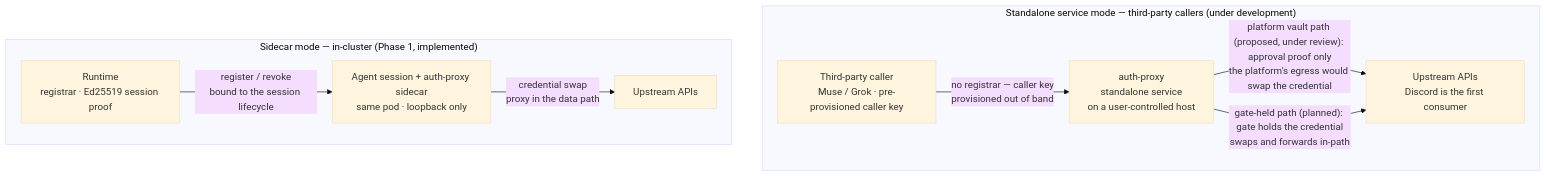
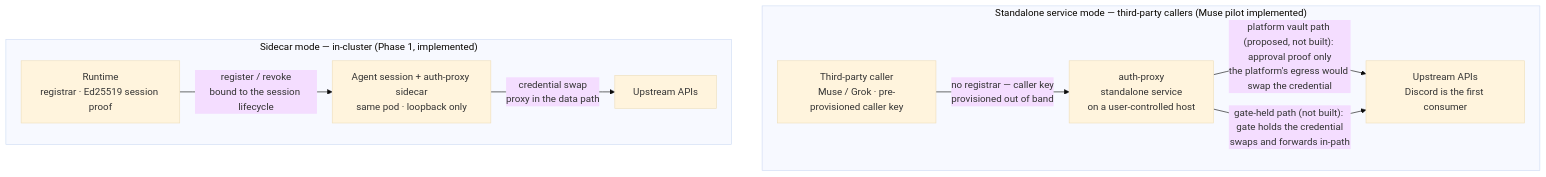
Before and after one commit to openabdev/auth-proxy: the second of 3 diagrams in README.md, drawn with Mermaid (base theme). The commit also changed other lines of this file and 6 other files, not shown here.

````diff
--- a/README.md
+++ b/README.md
@@ -56,21 +56,21 @@
 ```mermaid
 flowchart LR
     subgraph SIDE["Sidecar mode — in-cluster (Phase 1, implemented)"]
         RT["Runtime<br/>registrar · Ed25519 session proof"]
         POD["Agent session + auth-proxy sidecar<br/>same pod · loopback only"]
         UP1["Upstream APIs"]
         RT -->|"register / revoke<br/>bound to the session lifecycle"| POD
         POD -->|"credential swap<br/>proxy in the data path"| UP1
     end
 
     UP1 ~~~ TP
 
-    subgraph STAND["Standalone service mode — third-party callers (under development)"]
+    subgraph STAND["Standalone service mode — third-party callers (Muse pilot implemented)"]
         TP["Third-party caller<br/>Muse / Grok · pre-provisioned caller key"]
         GATE["auth-proxy<br/>standalone service<br/>on a user-controlled host"]
         UP2["Upstream APIs<br/>Discord is the first consumer"]
         TP -->|"no registrar — caller key<br/>provisioned out of band"| GATE
-        GATE -->|"platform vault path (proposed, under review): approval proof only<br/>the platform's egress would swap the credential"| UP2
-        GATE -->|"gate-held path (planned): gate holds the credential<br/>swaps and forwards in-path"| UP2
+        GATE -->|"platform vault path (proposed, not built): approval proof only<br/>the platform's egress would swap the credential"| UP2
+        GATE -->|"gate-held path (not built): gate holds the credential<br/>swaps and forwards in-path"| UP2
     end
 ```
````
